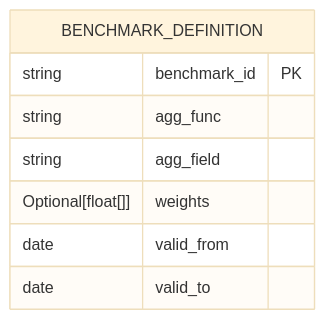
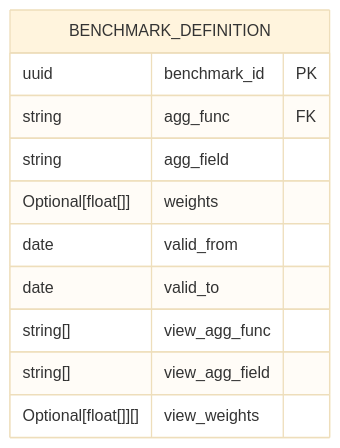
Before and after one commit to flatland-association/flatland-benchmarks: the fifth of 14 diagrams in docs/ARCHITECTURE.md, drawn with Mermaid (base theme). The commit also changed other lines of this file, not shown here.

Commit message:
Use uuid for IDs.

````diff
--- a/docs/ARCHITECTURE.md
+++ b/docs/ARCHITECTURE.md
@@ -608,11 +607,14 @@
 ```mermaid
 erDiagram
   BENCHMARK_DEFINITION {
-    string benchmark_id PK
-    string agg_func
+    uuid benchmark_id PK
+    string agg_func FK
     string agg_field
     Optional[float[]] weights
     date valid_from
     date valid_to
+    string[] view_agg_func
+    string[] view_agg_field
+    Optional[float[]][] view_weights
   }
 ```
````
